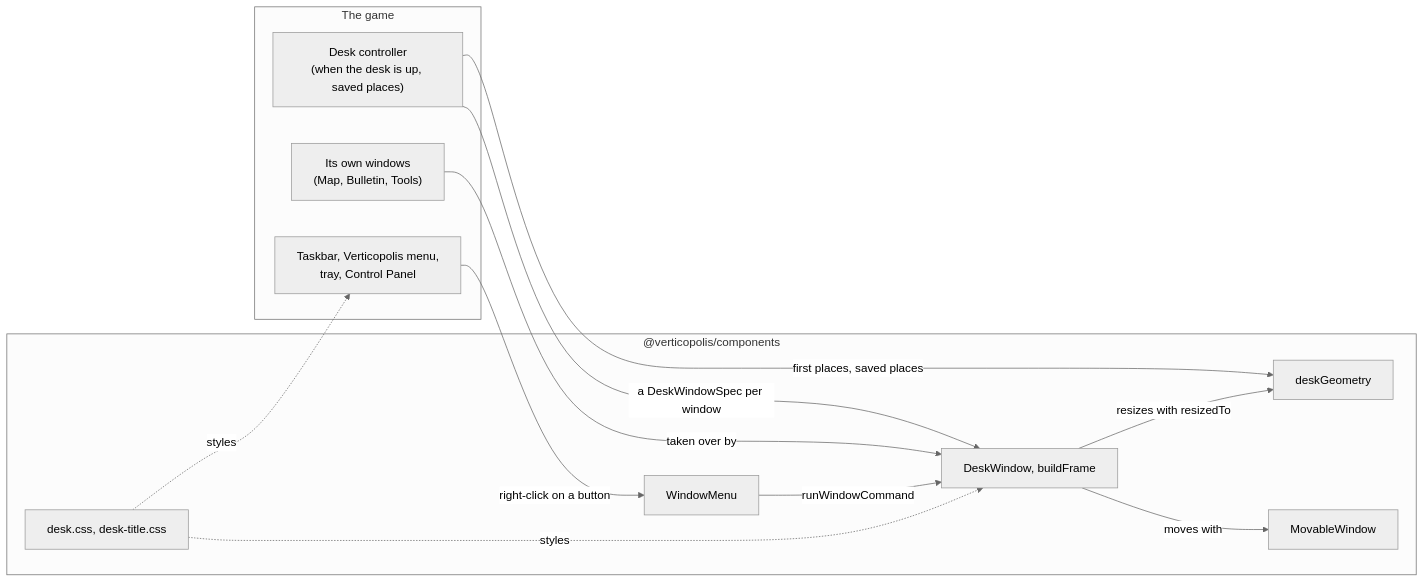
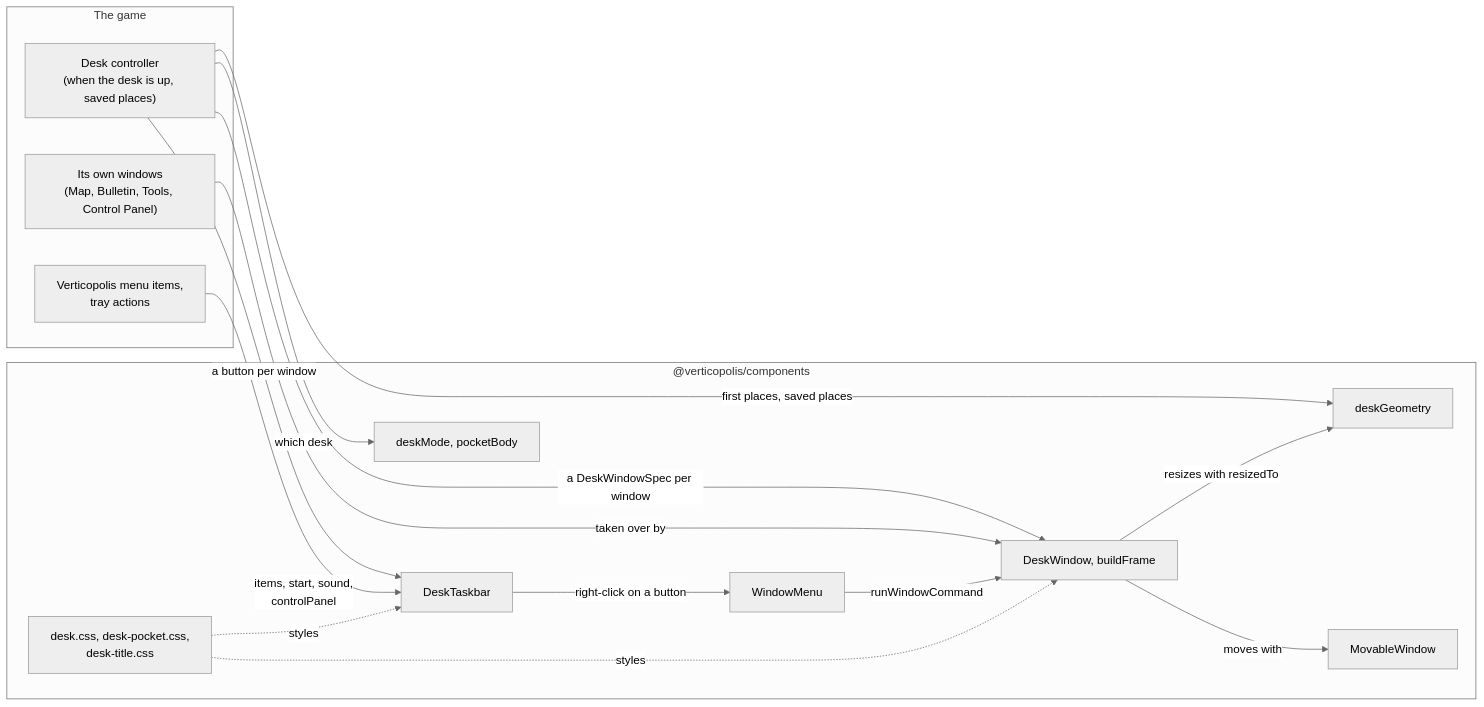
Before and after one commit to Verticopolis/components: the first of 3 diagrams in docs/desk.md, drawn with Mermaid (neutral theme). The commit also changed other lines of this file and 12 other files, not shown here.

First line of the commit message:
Draw the desk's taskbar in the package, and document the pocket desk

````diff
--- a/docs/desk.md
+++ b/docs/desk.md
@@ -25,24 +32,29 @@
 ```mermaid
 flowchart LR
   subgraph Game["The game"]
     Controller["Desk controller<br/>(when the desk is up, saved places)"]
-    Taskbar["Taskbar, Verticopolis menu,<br/>tray, Control Panel"]
-    Own["Its own windows<br/>(Map, Bulletin, Tools)"]
+    Items["Verticopolis menu items,<br/>tray actions"]
+    Own["Its own windows<br/>(Map, Bulletin, Tools, Control Panel)"]
   end
   subgraph Package["@verticopolis/components"]
+    Taskbar["DeskTaskbar"]
+    Pocket["deskMode, pocketBody"]
     DW["DeskWindow, buildFrame"]
     WM["WindowMenu"]
     Geo["deskGeometry"]
     Mover["MovableWindow"]
-    CSS["desk.css, desk-title.css"]
+    CSS["desk.css, desk-pocket.css,<br/>desk-title.css"]
   end
+  Controller -->|"which desk"| Pocket
+  Controller -->|"a button per window"| Taskbar
+  Items -->|"items, start, sound,<br/>controlPanel"| Taskbar
   Controller -->|"a DeskWindowSpec per window"| DW
   Controller -->|"first places, saved places"| Geo
   Own -->|"taken over by"| DW
   Taskbar -->|"right-click on a button"| WM
   WM -->|"runWindowCommand"| DW
   DW -->|"moves with"| Mover
   DW -->|"resizes with resizedTo"| Geo
   CSS -.->|"styles"| DW
   CSS -.->|"styles"| Taskbar
 ```
````
